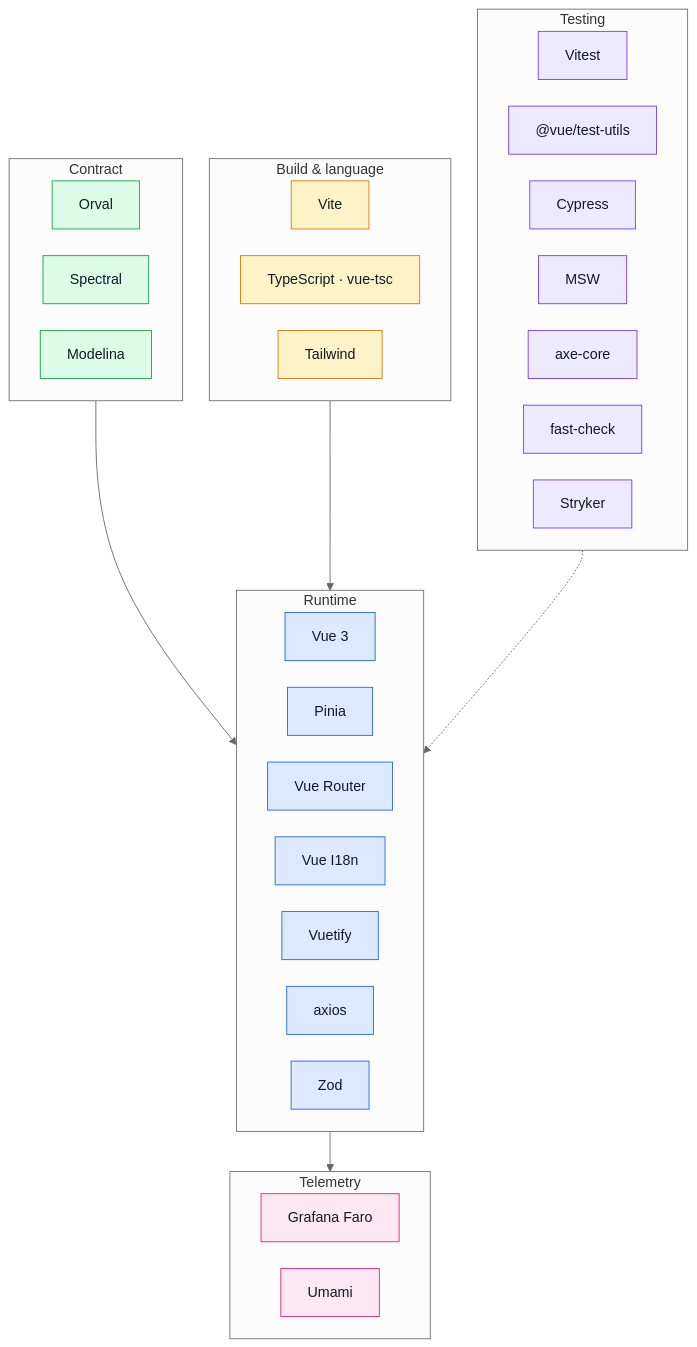
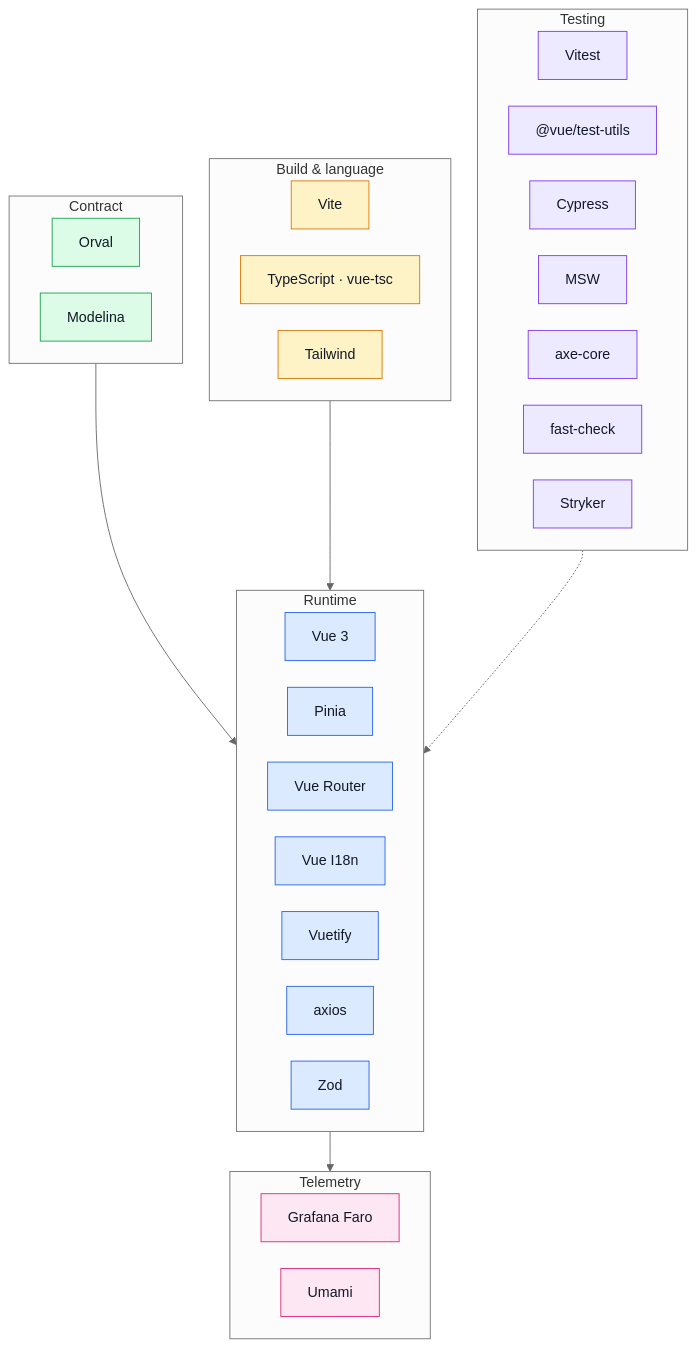
The diagram in docs/tools/tools-explained.md (Guebbit/boilerplate-vue-frontend), drawn with Mermaid (neutral theme) before and after one commit. The commit also changed other lines of this file and 13 other files, not shown here.

````diff
--- a/docs/tools/tools-explained.md
+++ b/docs/tools/tools-explained.md
@@ -10,56 +10,55 @@
 ```mermaid
 %%{init: {'flowchart': {'nodeSpacing': 30, 'rankSpacing': 45}}}%%
 flowchart TD
     subgraph BUILD["Build & language"]
         VITE["Vite"]
         TS["TypeScript · vue-tsc"]
         TW["Tailwind"]
     end
 
     subgraph APP["Runtime"]
         VUE["Vue 3"]
         PINIA["Pinia"]
         ROUTER["Vue Router"]
         I18N["Vue I18n"]
         VUETIFY["Vuetify"]
         AXIOS["axios"]
         ZOD["Zod"]
     end
 
     subgraph CONTRACT["Contract"]
         ORVAL["Orval"]
-        SPECTRAL["Spectral"]
         MODELINA["Modelina"]
     end
 
     subgraph TEST["Testing"]
         VITEST["Vitest"]
         VTU["@vue/test-utils"]
         CY["Cypress"]
         MSW["MSW"]
         AXE["axe-core"]
         FC["fast-check"]
         STRYKER["Stryker"]
     end
 
     subgraph OBS["Telemetry"]
         FARO["Grafana Faro"]
         UMAMI["Umami"]
     end
 
     CONTRACT --> APP
     BUILD --> APP
     APP --> OBS
     TEST -.-> APP
 
     classDef build fill:#fef3c7,stroke:#d97706,color:#111827;
     classDef app fill:#dbeafe,stroke:#2563eb,color:#111827;
     classDef contract fill:#dcfce7,stroke:#16a34a,color:#111827;
     classDef test fill:#ede9fe,stroke:#7c3aed,color:#111827;
     classDef obs fill:#fce7f3,stroke:#db2777,color:#111827;
     class VITE,TS,TW build;
     class VUE,PINIA,ROUTER,I18N,VUETIFY,AXIOS,ZOD app;
-    class ORVAL,SPECTRAL,MODELINA contract;
+    class ORVAL,MODELINA contract;
     class VITEST,VTU,CY,MSW,AXE,FC,STRYKER test;
     class FARO,UMAMI obs;
 ```
````
